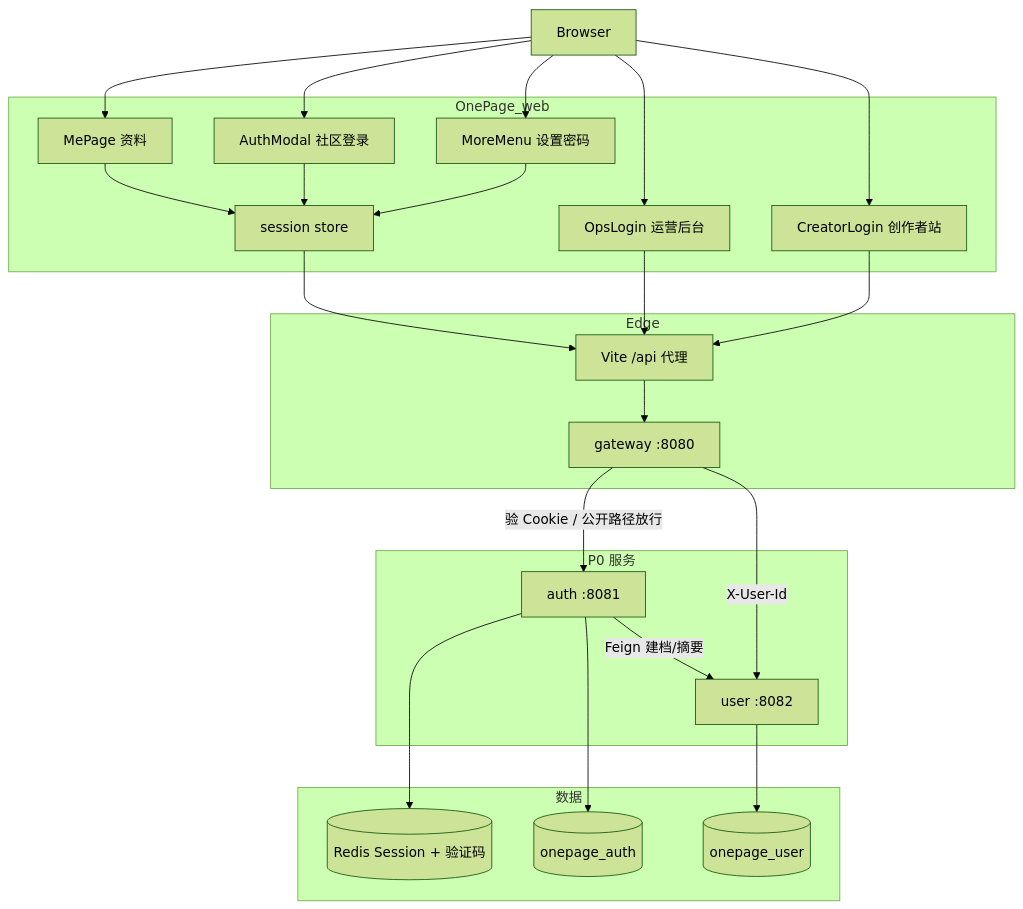
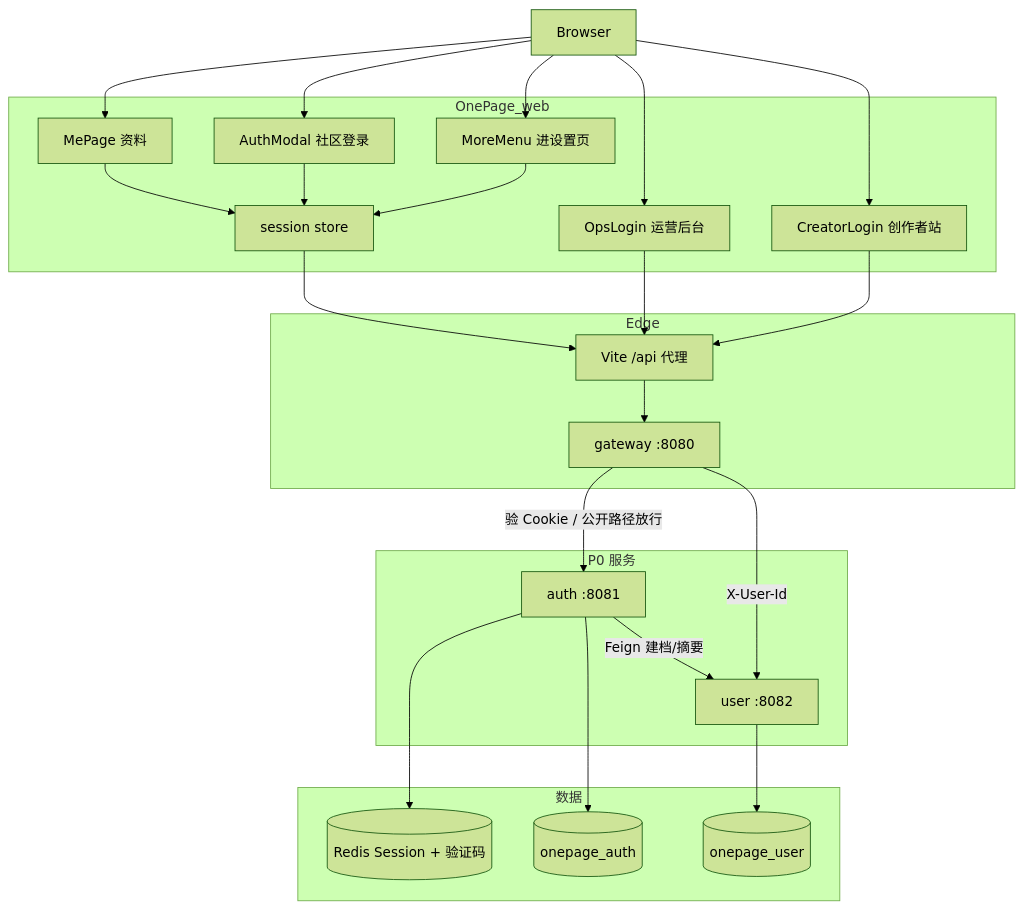
Before and after one commit to Yangleduo00337788/OnePage: the first of 8 diagrams in agi-work-space/src/content/engineering/tech/auth-flows.md, drawn with Mermaid (forest theme). The commit also changed other lines of this file and 20 other files, not shown here.

````diff
--- a/agi-work-space/src/content/engineering/tech/auth-flows.md
+++ b/agi-work-space/src/content/engineering/tech/auth-flows.md
@@ -17,42 +17,42 @@
 ```mermaid
 flowchart TB
   subgraph fe [OnePage_web]
     Modal[AuthModal 社区登录]
     CreatorLogin[CreatorLogin 创作者站]
     OpsLogin[OpsLogin 运营后台]
     Me[MePage 资料]
-    More[MoreMenu 设置密码]
+    More[MoreMenu 进设置页]
     Sess[session store]
   end
   subgraph edge [Edge]
     Vite[Vite /api 代理]
     GW[gateway :8080]
   end
   subgraph platform [P0 服务]
     Auth[auth :8081]
     User[user :8082]
   end
   subgraph data [数据]
     Redis[(Redis Session + 验证码)]
     AuthDB[(onepage_auth)]
     UserDB[(onepage_user)]
   end
   Browser --> Modal
   Browser --> CreatorLogin
   Browser --> OpsLogin
   Browser --> Me
   Browser --> More
   More --> Sess
   Modal --> Sess
   CreatorLogin --> Vite
   OpsLogin --> Vite
   Me --> Sess
   Sess --> Vite
   Vite --> GW
   GW -->|验 Cookie / 公开路径放行| Auth
   GW -->|X-User-Id| User
   Auth --> Redis
   Auth --> AuthDB
   Auth -->|Feign 建档/摘要| User
   User --> UserDB
 ```
````
